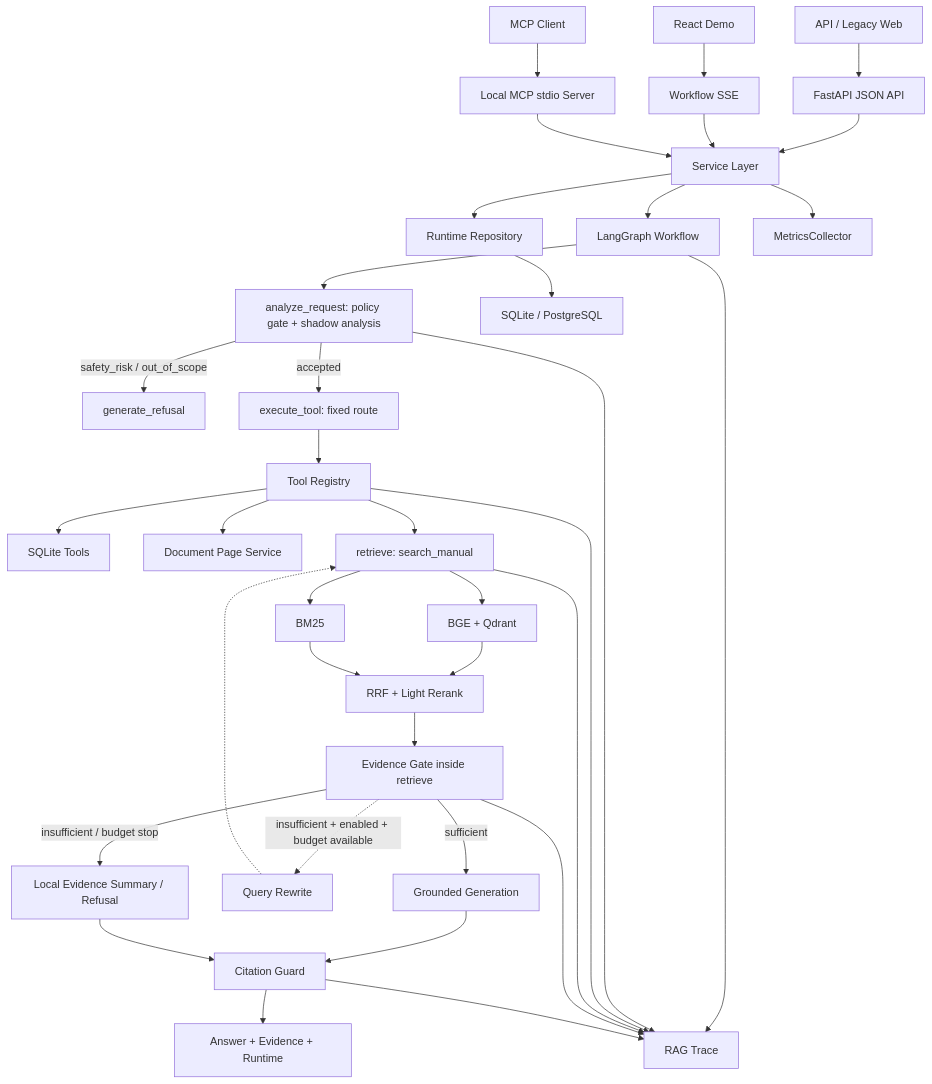
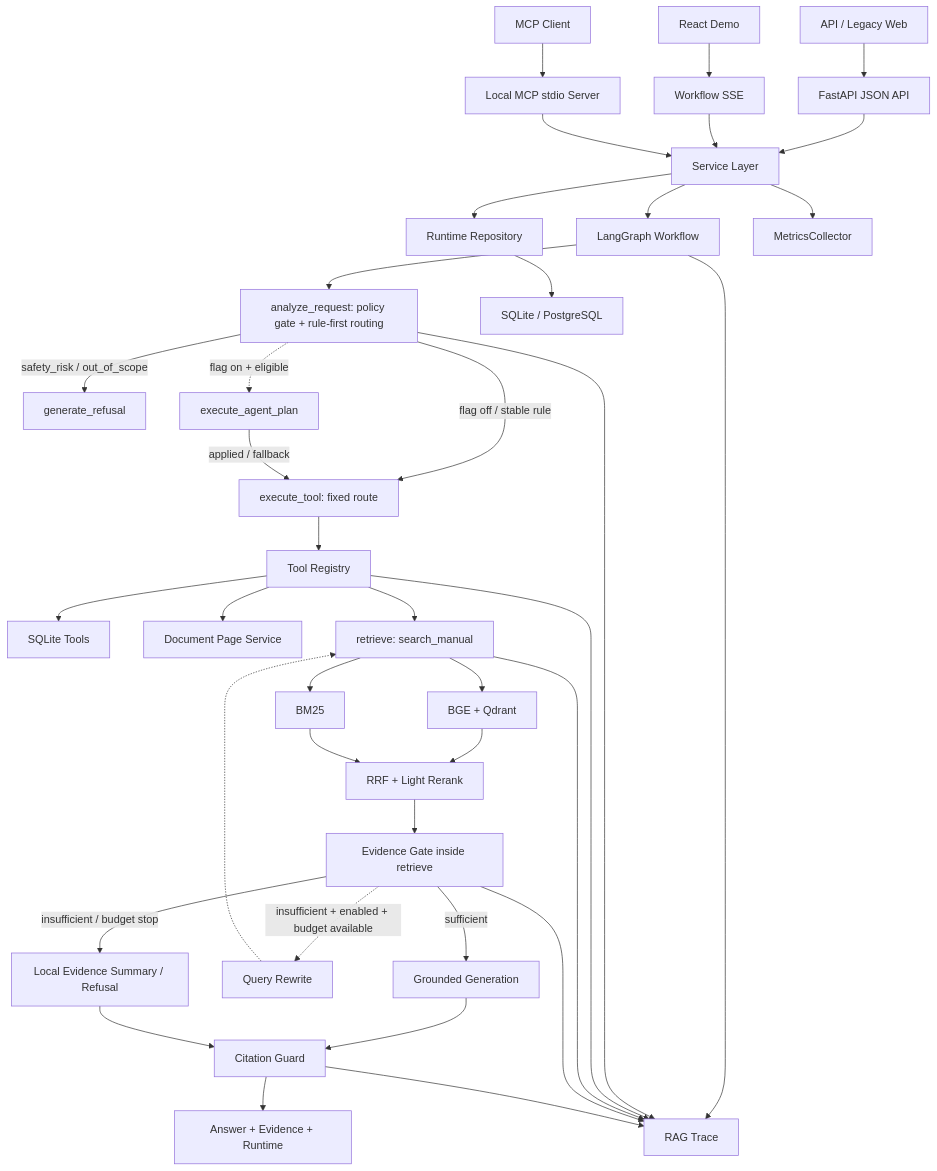
One commit to lesereinRU1/autoops-rag changed the diagram in docs/architecture.md. Above: the diagram before and after it, drawn with Mermaid. The commit also changed other lines of this file and 27 other files, not shown here.

````diff
--- a/docs/architecture.md
+++ b/docs/architecture.md
@@ -18,42 +18,44 @@
 ```mermaid
 flowchart TD
     Q["API / Legacy Web"] --> API["FastAPI JSON API"]
     WEB["React Demo"] --> SSE["Workflow SSE"]
     MCP["MCP Client"] --> MCPS["Local MCP stdio Server"]
     API --> SVC["Service Layer"]
     SSE --> SVC
     MCPS --> SVC
     SVC --> GRAPH["LangGraph Workflow"]
 
-    GRAPH --> ANALYZE["analyze_request: policy gate + shadow analysis"]
+    GRAPH --> ANALYZE["analyze_request: policy gate + rule-first routing"]
     ANALYZE -->|"safety_risk / out_of_scope"| REFUSE["generate_refusal"]
-    ANALYZE -->|"accepted"| FIXED["execute_tool: fixed route"]
+    ANALYZE -->|"flag off / stable rule"| FIXED["execute_tool: fixed route"]
+    ANALYZE -. "flag on + eligible" .-> PLAN["execute_agent_plan"]
+    PLAN -->|"applied / fallback"| FIXED
     FIXED --> REGISTRY["Tool Registry"]
     REGISTRY --> SQLITE["SQLite Tools"]
     REGISTRY --> PAGE["Document Page Service"]
     REGISTRY --> SEARCH["retrieve: search_manual"]
     SEARCH --> DENSE["BGE + Qdrant"]
     SEARCH --> SPARSE["BM25"]
     DENSE --> FUSION["RRF + Light Rerank"]
     SPARSE --> FUSION
     FUSION --> GATE["Evidence Gate inside retrieve"]
 
     GATE -->|"sufficient"| GEN["Grounded Generation"]
     GATE -. "insufficient + enabled + budget available" .-> REWRITE["Query Rewrite"]
     REWRITE -.-> SEARCH
     GATE -->|"insufficient / budget stop"| LOCAL["Local Evidence Summary / Refusal"]
 
     GEN --> CITE["Citation Guard"]
     LOCAL --> CITE
     CITE --> OUT["Answer + Evidence + Runtime"]
 
     GRAPH --> TRACE["RAG Trace"]
     ANALYZE --> TRACE
     REGISTRY --> TRACE
     SEARCH --> TRACE
     GATE --> TRACE
     CITE --> TRACE
     SVC --> REPO["Runtime Repository"]
     REPO --> DB["SQLite / PostgreSQL"]
     SVC --> METRICS["MetricsCollector"]
 ```
````
